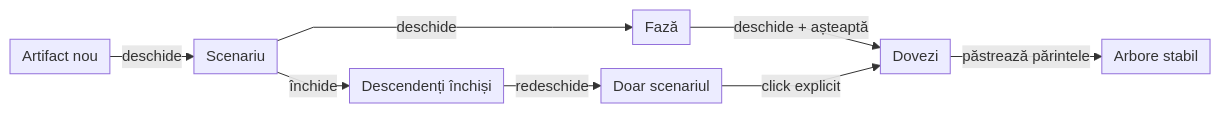
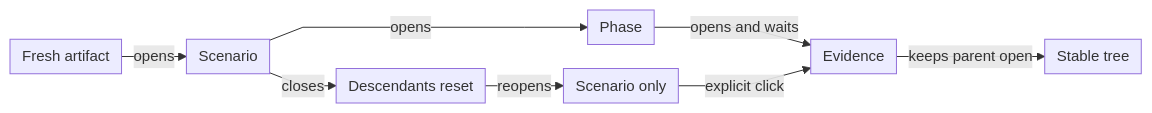
The second of 2 diagrams in docs/ATF_Testing_Guide.md (crististefanita/atf_j0), drawn with Mermaid before and after one commit. The commit also changed other lines of this file and 113 other files, not shown here.

````diff
--- a/docs/ATF_Testing_Guide.md
+++ b/docs/ATF_Testing_Guide.md
@@ -534,11 +406,11 @@
 ```mermaid
 %%{init: {"themeVariables":{"fontSize":"15px"},"themeCSS":".nodeLabel, .nodeLabel p { font-size: 15px !important; line-height: 1.35 !important; } .edgeLabel, .edgeLabel p { font-size: 12px !important; font-weight: 400 !important; line-height: 1.2 !important; } .edgeLabel .labelBkg, .edgeLabel p { background: transparent !important; } .edgeLabel foreignObject { transform: translateY(-18px); overflow: visible; } .node rect { rx: 6px; ry: 6px; }","flowchart":{"curve":"linear","nodeSpacing":24,"rankSpacing":24,"padding":6,"diagramPadding":20}}}%%
 flowchart LR
-    Fresh["Artifact nou"] -->|deschide| Scenario["Scenariu"]
-    Scenario -->|deschide| Phase["Fază"]
-    Phase -->|deschide + așteaptă| Evidence["Dovezi"]
-    Evidence -->|păstrează părintele| Stable["Arbore stabil"]
-    Scenario -->|închide| Reset["Descendenți închiși"]
-    Reset -->|redeschide| ScenarioOnly["Doar scenariul"]
-    ScenarioOnly -->|click explicit| Evidence
+    Fresh["Fresh artifact"] -->|opens| Scenario["Scenario"]
+    Scenario -->|opens| Phase["Phase"]
+    Phase -->|opens and waits| Evidence["Evidence"]
+    Evidence -->|keeps parent open| Stable["Stable tree"]
+    Scenario -->|closes| Reset["Descendants reset"]
+    Reset -->|reopens| ScenarioOnly["Scenario only"]
+    ScenarioOnly -->|explicit click| Evidence
 ```
````
